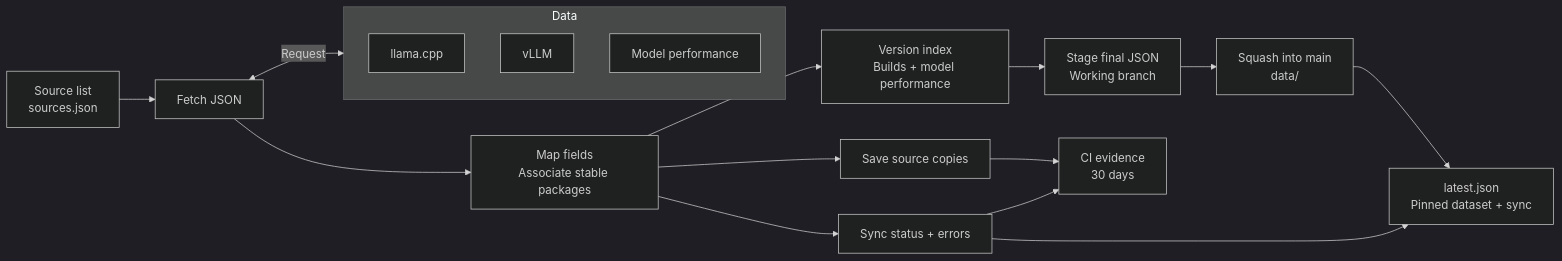
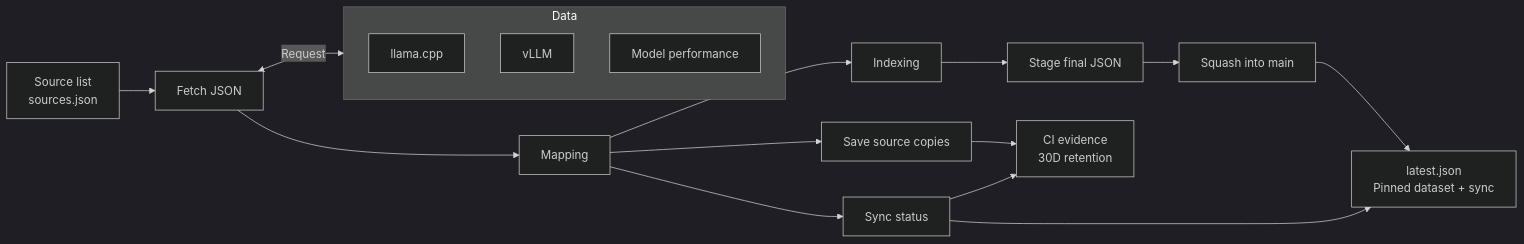
Before and after one commit to lemonade-sdk/rocm-readiness: the first of 2 diagrams in docs/data-flow.md, drawn with Mermaid (dark theme).

Commit message:
Shorten ingestion diagram labels

````diff
--- a/docs/data-flow.md
+++ b/docs/data-flow.md
@@ -15,20 +15,20 @@
 ```mermaid
 flowchart LR
     Config["Source list<br/>sources.json"] --> Fetch["Fetch JSON"]
     subgraph Data["Data"]
         LlamaCpp["llama.cpp"]
         Vllm["vLLM"]
         Performance["Model performance"]
     end
     Fetch <-->|Request| Data
-    Fetch --> Map["Map fields<br/>Associate stable packages"]
-    Map --> Output["Version index<br/>Builds + model performance"]
+    Fetch --> Map["Mapping"]
+    Map --> Output["Indexing"]
     Map --> Copies["Save source copies"]
-    Output --> Publish["Stage final JSON<br/>Working branch"]
-    Publish --> Main["Squash into main<br/>data/"]
+    Output --> Publish["Stage final JSON"]
+    Publish --> Main["Squash into main"]
     Main --> Latest["latest.json<br/>Pinned dataset + sync"]
-    Copies --> Artifact["CI evidence<br/>30 days"]
-    Map --> Sync["Sync status + errors"]
+    Copies --> Artifact["CI evidence<br/>30D retention"]
+    Map --> Sync["Sync status"]
     Sync --> Artifact
     Sync --> Latest
 ```
````
